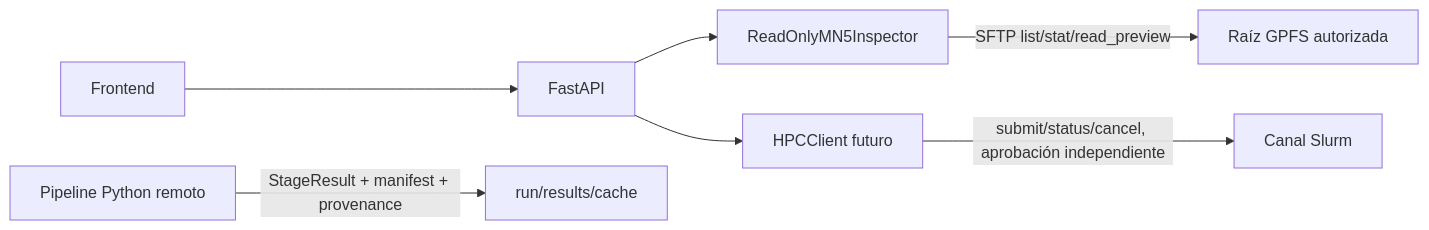
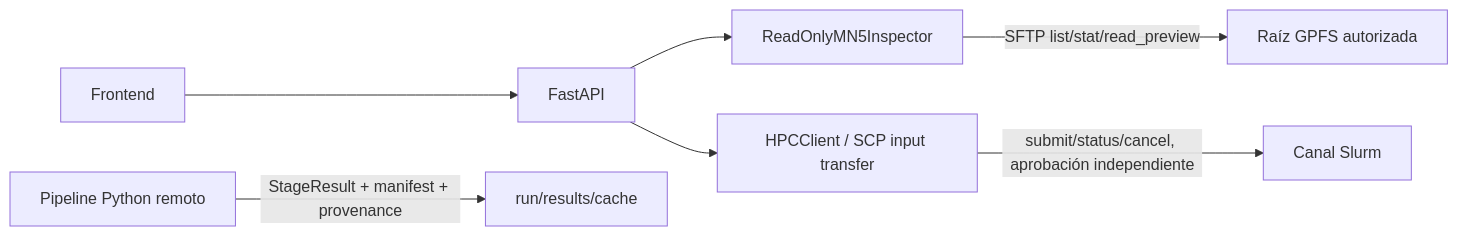
Before and after one commit to Cruz1122/residue-annotation-platform: the second of 2 diagrams in docs/mn5-stage-code-inventory.md, drawn with Mermaid. The commit also changed other lines of this file and 204 other files, not shown here.

Commit message:
feat: connect product boundaries and account flows

````diff
--- a/docs/mn5-stage-code-inventory.md
+++ b/docs/mn5-stage-code-inventory.md
@@ -251,9 +251,9 @@
 ```mermaid
 flowchart LR
     Web[Frontend] --> API[FastAPI]
     API --> Inspector[ReadOnlyMN5Inspector]
     Inspector -->|SFTP list/stat/read_preview| Root[Raíz GPFS autorizada]
-    API --> Client[HPCClient futuro]
+    API --> Client[HPCClient / SCP input transfer]
     Client -->|submit/status/cancel, aprobación independiente| Slurm[Canal Slurm]
     Pipeline[Pipeline Python remoto] -->|StageResult + manifest + provenance| Results[run/results/cache]
 ```
````
